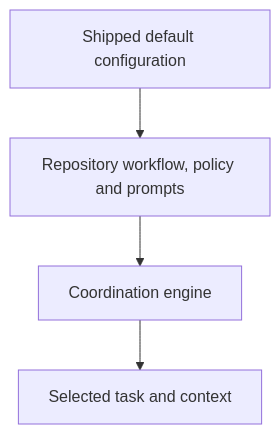
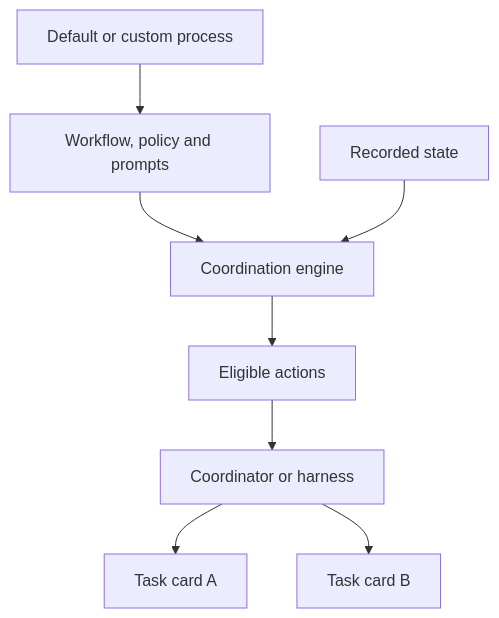
The second of 2 diagrams in docs/WHITEPAPER.md (david-rzepa/zzzops), drawn with Mermaid before and after one commit. The commit also changed other lines of this file and 2 other files, not shown here.

````diff
--- a/docs/WHITEPAPER.md
+++ b/docs/WHITEPAPER.md
@@ -52,6 +50,10 @@
 ```mermaid
 flowchart TB
-  D[Shipped default configuration] --> W[Repository workflow, policy and prompts]
+  D[Default or custom process] --> W[Workflow, policy and prompts]
   W --> E[Coordination engine]
-  E --> H[Selected task and context]
+  S[Recorded state] --> E
+  E --> F[Eligible actions]
+  F --> C[Coordinator or harness]
+  C --> A[Task card A]
+  C --> B[Task card B]
 ```
````
